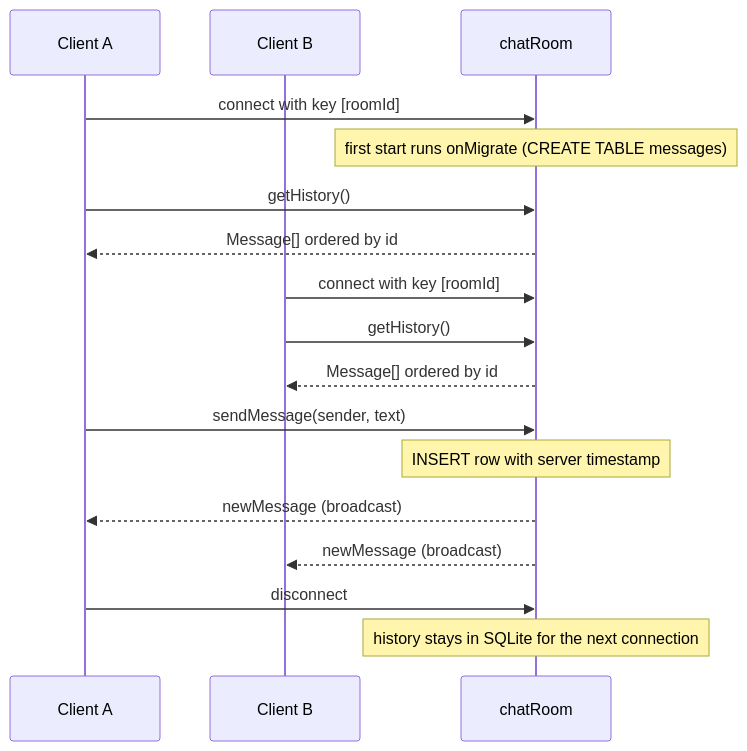
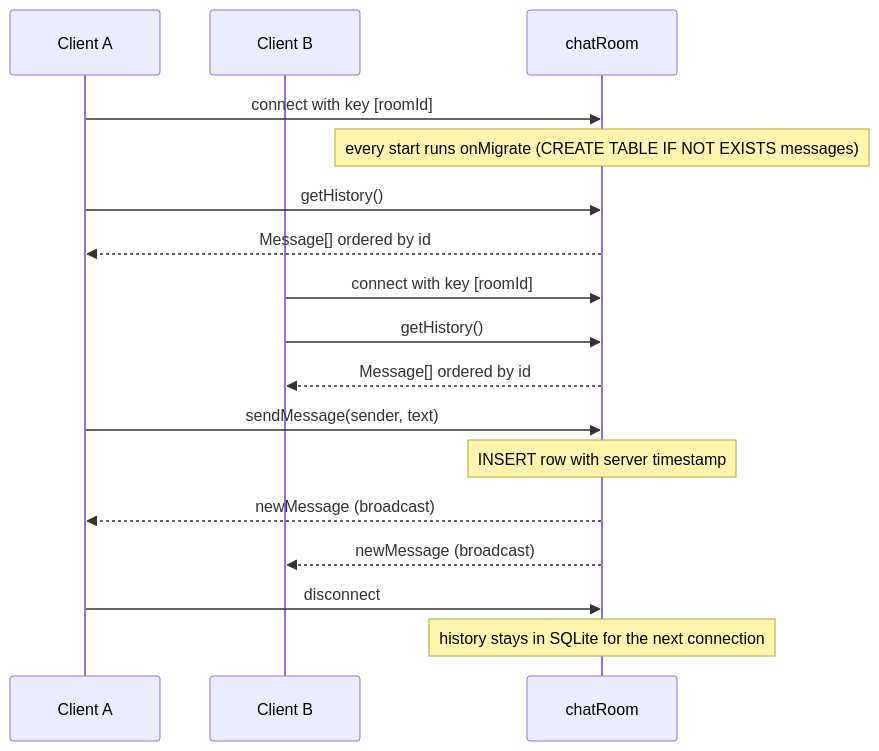
Before and after one commit to rivet-dev/rivet: the diagram in website/src/content/cookbook/chat-room.mdx, drawn with Mermaid. The commit also changed other lines of this file and 8 other files, not shown here.

````diff
--- a/website/src/content/cookbook/chat-room.mdx
+++ b/website/src/content/cookbook/chat-room.mdx
@@ -87,20 +87,20 @@
 ```mermaid
 sequenceDiagram
 	participant A as Client A
 	participant B as Client B
 	participant R as chatRoom
 
 	A->>R: connect with key [roomId]
-	Note over R: first start runs onMigrate (CREATE TABLE messages)
+	Note over R: every start runs onMigrate (CREATE TABLE IF NOT EXISTS messages)
 	A->>R: getHistory()
 	R-->>A: Message[] ordered by id
 	B->>R: connect with key [roomId]
 	B->>R: getHistory()
 	R-->>B: Message[] ordered by id
 	A->>R: sendMessage(sender, text)
 	Note over R: INSERT row with server timestamp
 	R-->>A: newMessage (broadcast)
 	R-->>B: newMessage (broadcast)
 	A->>R: disconnect
 	Note over R: history stays in SQLite for the next connection
 ```
````
